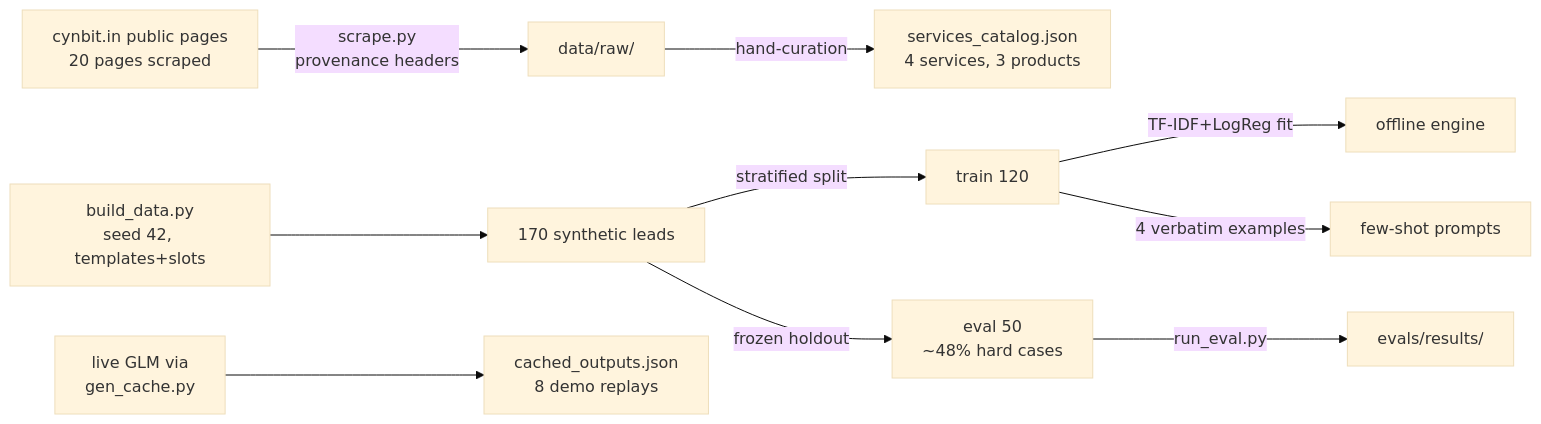
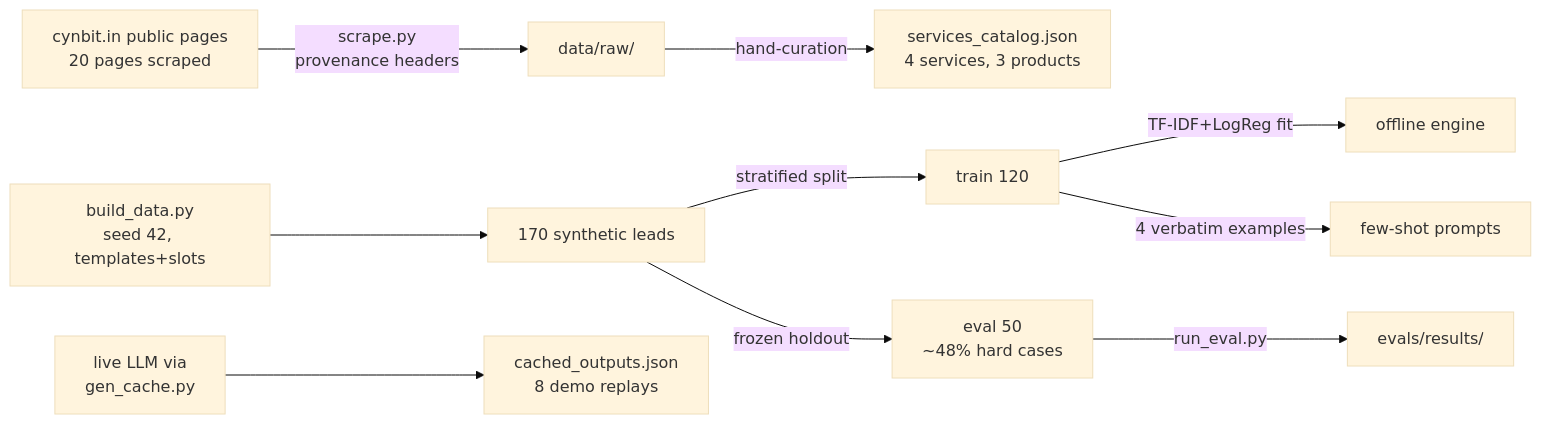
Before and after one commit to KritPrasad05/Cynbit_AI: the second of 2 diagrams in docs/03_Technical_Approach_Report.md, drawn with Mermaid (base theme). The commit also changed other lines of this file and 20 other files, not shown here.

````diff
--- a/docs/03_Technical_Approach_Report.md
+++ b/docs/03_Technical_Approach_Report.md
@@ -73,12 +73,12 @@
 ```mermaid
 flowchart LR
     A[cynbit.in public pages<br/>20 pages scraped] -->|scrape.py<br/>provenance headers| B[data/raw/]
     B -->|hand-curation| C[services_catalog.json<br/>4 services, 3 products]
     D[build_data.py<br/>seed 42, templates+slots] --> E[170 synthetic leads]
     E -->|stratified split| F[train 120]
     E -->|frozen holdout| G[eval 50<br/>~48% hard cases]
     F -->|TF-IDF+LogReg fit| H[offline engine]
     F -->|4 verbatim examples| I[few-shot prompts]
     G -->|run_eval.py| J[evals/results/]
-    K[live GLM via<br/>gen_cache.py] --> L[cached_outputs.json<br/>8 demo replays]
+    K[live LLM via<br/>gen_cache.py] --> L[cached_outputs.json<br/>8 demo replays]
 ```
````
